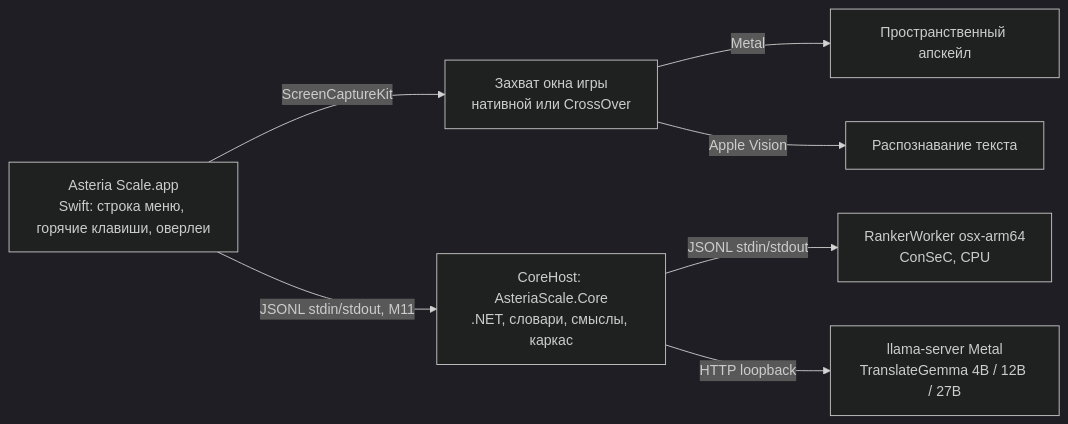
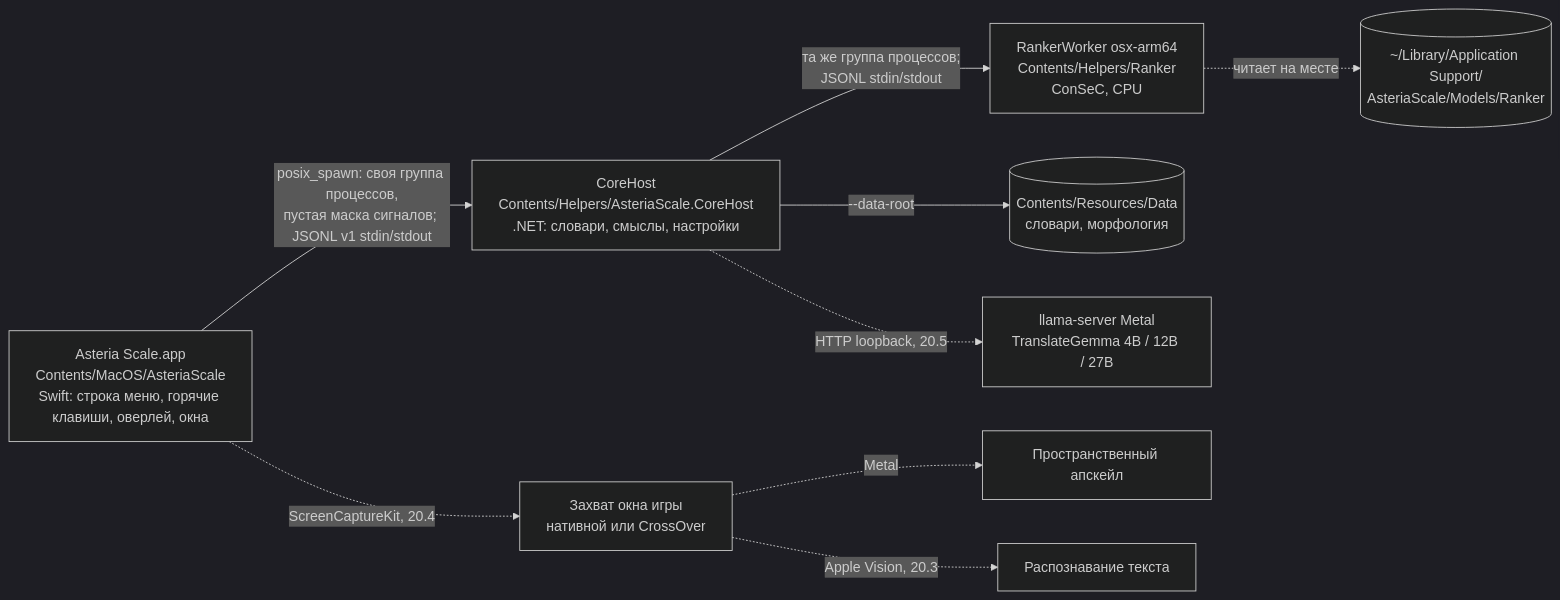
The diagram in docs/MACOS.md (slava8519/AsteriaScale), drawn with Mermaid (dark theme) before and after one commit. The commit also changed other lines of this file and 37 other files, not shown here.

````diff
--- a/docs/MACOS.md
+++ b/docs/MACOS.md
@@ -109,9 +112,11 @@
 ```mermaid
 graph LR
-    A[Asteria Scale.app<br/>Swift: строка меню, горячие клавиши, оверлеи] -->|ScreenCaptureKit| C[Захват окна игры<br/>нативной или CrossOver]
-    C -->|Metal| U[Пространственный апскейл]
-    C -->|Apple Vision| O[Распознавание текста]
-    A -->|JSONL stdin/stdout, M11| K[CoreHost: AsteriaScale.Core<br/>.NET, словари, смыслы, каркас]
-    K -->|JSONL stdin/stdout| R[RankerWorker osx-arm64<br/>ConSeC, CPU]
-    K -->|HTTP loopback| T[llama-server Metal<br/>TranslateGemma 4B / 12B / 27B]
+    A["Asteria Scale.app<br/>Contents/MacOS/AsteriaScale<br/>Swift: строка меню, горячие клавиши, оверлей, окна"] -->|"posix_spawn: своя группа процессов,<br/>пустая маска сигналов; JSONL v1 stdin/stdout"| K["CoreHost<br/>Contents/Helpers/AsteriaScale.CoreHost<br/>.NET: словари, смыслы, настройки"]
+    K -->|"та же группа процессов;<br/>JSONL stdin/stdout"| R["RankerWorker osx-arm64<br/>Contents/Helpers/Ranker<br/>ConSeC, CPU"]
+    R -.->|"читает на месте"| M[("~/Library/Application Support/<br/>AsteriaScale/Models/Ranker")]
+    K -->|"--data-root"| D[("Contents/Resources/Data<br/>словари, морфология")]
+    A -.->|"ScreenCaptureKit, 20.4"| C["Захват окна игры<br/>нативной или CrossOver"]
+    C -.->|"Metal"| U["Пространственный апскейл"]
+    C -.->|"Apple Vision, 20.3"| O["Распознавание текста"]
+    K -.->|"HTTP loopback, 20.5"| T["llama-server Metal<br/>TranslateGemma 4B / 12B / 27B"]
 ```
````
